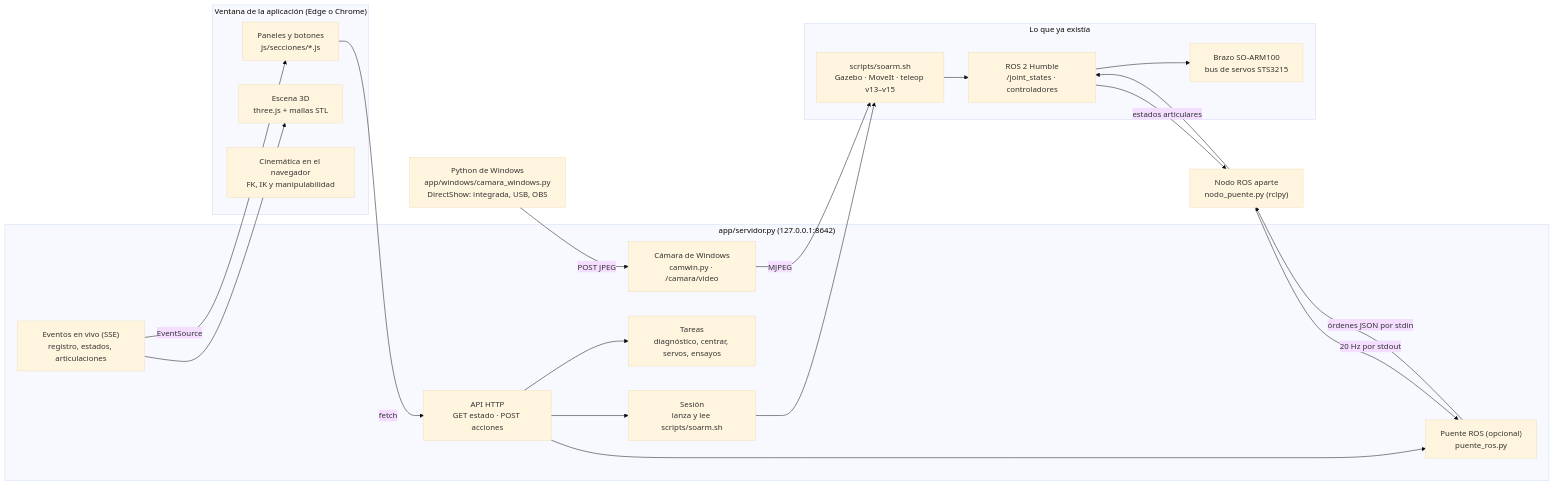
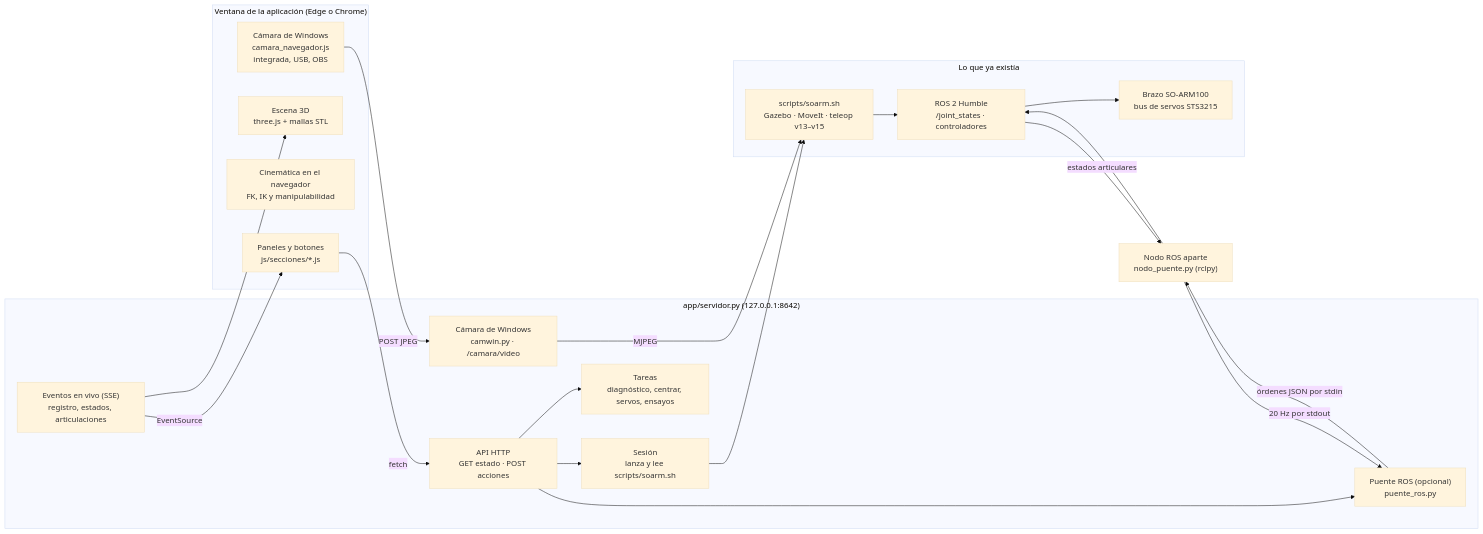
The first of 3 diagrams in docs/18-aplicacion-estudio.md (edangelux/so-arm100-teleop), drawn with Mermaid (base theme) before and after one commit. The commit also changed other lines of this file and 7 other files, not shown here.

Commit message:
La camara de Windows la abre el navegador de la aplicacion: nativa, sin Python en Windows y sin retraso acumulado

````diff
--- a/docs/18-aplicacion-estudio.md
+++ b/docs/18-aplicacion-estudio.md
@@ -61,32 +61,32 @@
 ```mermaid
 flowchart LR
   subgraph Ventana["Ventana de la aplicación (Edge o Chrome)"]
     UI["Paneles y botones<br/>js/secciones/*.js"]
     E3D["Escena 3D<br/>three.js + mallas STL"]
     CIN["Cinemática en el navegador<br/>FK, IK y manipulabilidad"]
+    WIN["Cámara de Windows<br/>camara_navegador.js<br/>integrada, USB, OBS"]
   end
   subgraph Servidor["app/servidor.py (127.0.0.1:8642)"]
     API["API HTTP<br/>GET estado · POST acciones"]
     SSE["Eventos en vivo (SSE)<br/>registro, estados, articulaciones"]
     SES["Sesión<br/>lanza y lee scripts/soarm.sh"]
     TAR["Tareas<br/>diagnóstico, centrar, servos, ensayos"]
     PR["Puente ROS (opcional)<br/>puente_ros.py"]
     CW["Cámara de Windows<br/>camwin.py · /camara/video"]
   end
   NP["Nodo ROS aparte<br/>nodo_puente.py (rclpy)"]
-  WIN["Python de Windows<br/>app/windows/camara_windows.py<br/>DirectShow: integrada, USB, OBS"]
   subgraph Robot["Lo que ya existía"]
     SH["scripts/soarm.sh<br/>Gazebo · MoveIt · teleop v13–v15"]
     ROS["ROS 2 Humble<br/>/joint_states · controladores"]
     BRAZO["Brazo SO-ARM100<br/>bus de servos STS3215"]
   end
   UI -- "fetch" --> API
   SSE -- "EventSource" --> UI
   SSE --> E3D
   API --> SES --> SH
   API --> TAR
   API --> PR -- "órdenes JSON por stdin" --> NP --> ROS
   SH --> ROS --> BRAZO
   ROS -- "estados articulares" --> NP -- "20 Hz por stdout" --> PR
   WIN -- "POST JPEG" --> CW -- "MJPEG" --> SH
 ```
````
